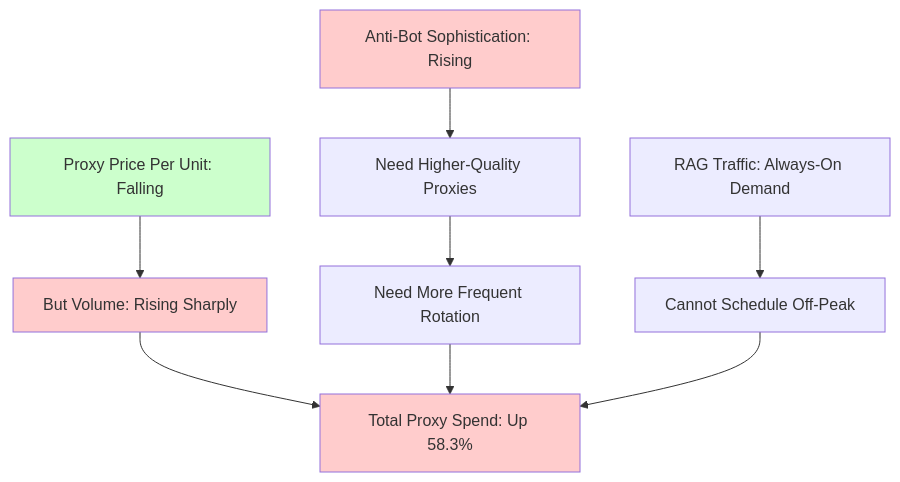
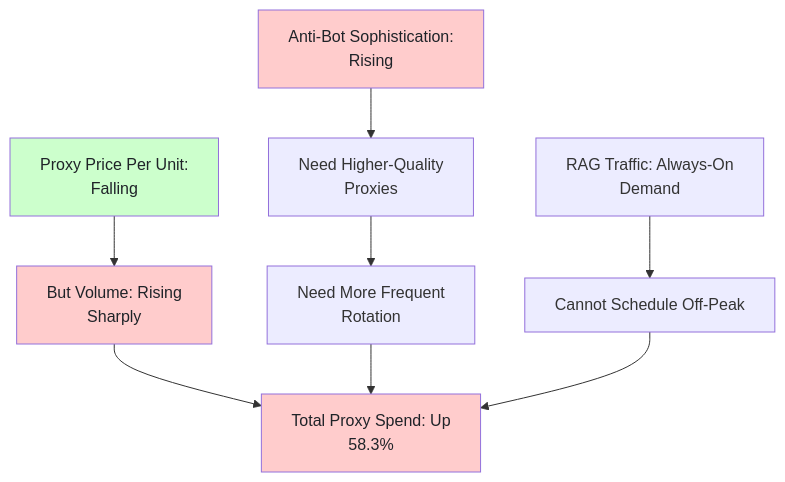
One commit to bytetunnels/bytetunnels.github.com changed the third of 3 diagrams in _posts/2026-02-25-the-ai-bot-traffic-explosion-what-1-bot-per-31-humans-means-for-the-web.md. Above: the diagram before and after it, drawn with Mermaid. The commit also changed other lines of this file and 118 other files, not shown here.

Commit message:
feat: improve diagram styling and compact wide flowcharts

````diff
--- a/_posts/2026-02-25-the-ai-bot-traffic-explosion-what-1-bot-per-31-humans-means-for-the-web.md
+++ b/_posts/2026-02-25-the-ai-bot-traffic-explosion-what-1-bot-per-31-humans-means-for-the-web.md
@@ -74,17 +74,17 @@
 ```mermaid
 flowchart TD
-    A["Proxy Price Per Unit: Falling"] --> B["But Volume: Rising Sharply"]
-    B --> C["Total Proxy Spend: Up 58.3%"]
+    A["Proxy Price Per Unit:<br/>Falling"] --> B["But Volume: Rising<br/>Sharply"]
+    B --> C["Total Proxy Spend: Up<br/>58.3%"]
 
-    D["Anti-Bot Sophistication: Rising"] --> E["Need Higher-Quality Proxies"]
-    E --> F["Need More Frequent Rotation"]
+    D["Anti-Bot Sophistication:<br/>Rising"] --> E["Need Higher-Quality<br/>Proxies"]
+    E --> F["Need More Frequent<br/>Rotation"]
     F --> C
 
-    G["RAG Traffic: Always-On Demand"] --> H["Cannot Schedule Off-Peak"]
+    G["RAG Traffic: Always-On<br/>Demand"] --> H["Cannot Schedule Off-Peak"]
     H --> C
 
-    style A fill:#ccffcc
-    style B fill:#ffcccc
-    style C fill:#ffcccc
-    style D fill:#ffcccc
+    style A fill:#ccffcc,color:#1f2328
+    style B fill:#ffcccc,color:#1f2328
+    style C fill:#ffcccc,color:#1f2328
+    style D fill:#ffcccc,color:#1f2328
 ```
````
